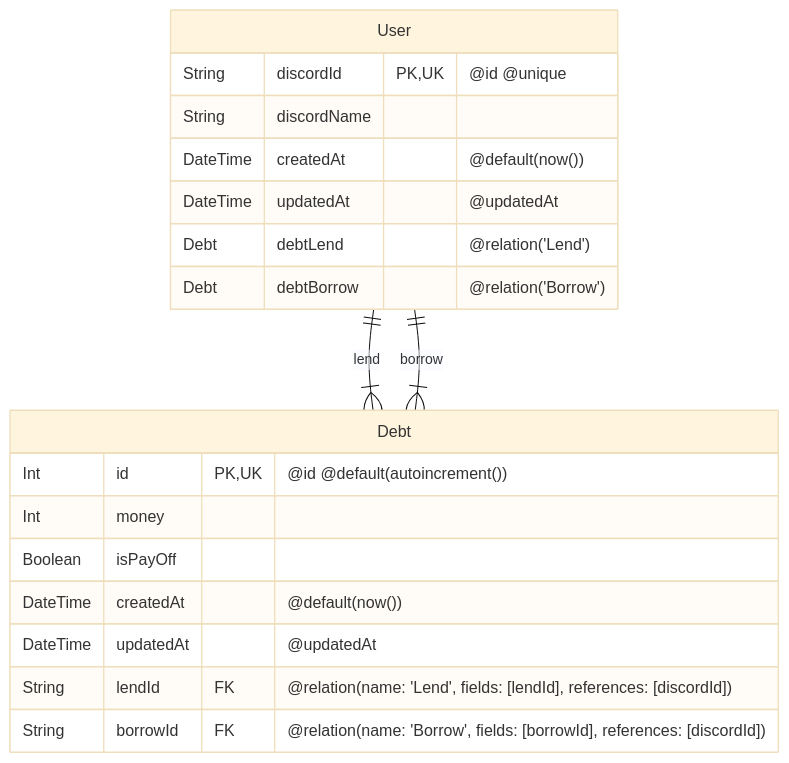
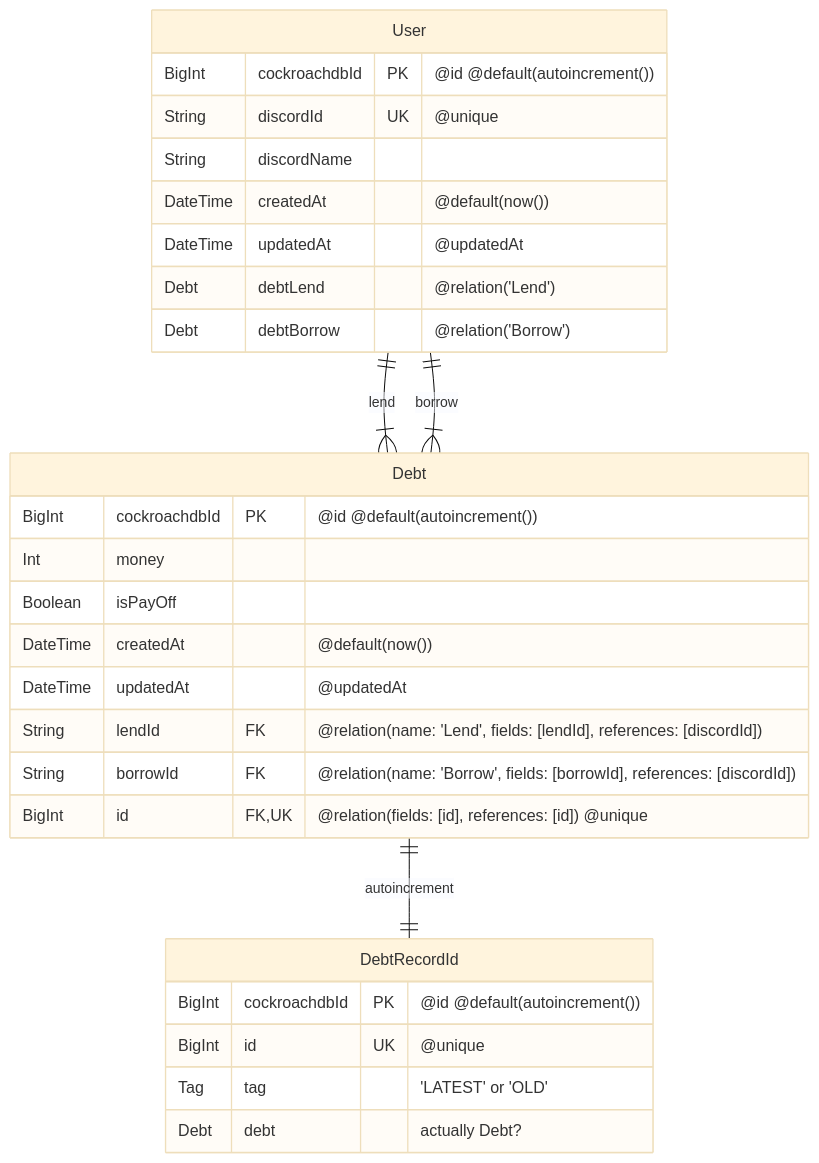
The second of 2 diagrams in README.md (Myxogastria0808/DebtBot-production), drawn with Mermaid (base theme) before and after one commit. The commit also changed other lines of this file and 63 other files, not shown here.

````diff
--- a/README.md
+++ b/README.md
@@ -153,22 +125,31 @@
 ```mermaid
 erDiagram
     User ||--|{ Debt : lend
     User ||--|{ Debt : borrow
+    Debt ||--|| DebtRecordId : autoincrement
     User {
-        String discordId PK, UK "@id @unique"
+        BigInt cockroachdbId PK "@id @default(autoincrement())"
+        String discordId UK "@unique"
         String discordName
         DateTime createdAt "@default(now())"
         DateTime updatedAt "@updatedAt"
         Debt debtLend "@relation('Lend')"
         Debt debtBorrow "@relation('Borrow')"
     }
     Debt {
-        Int id PK, UK "@id @default(autoincrement())"
+        BigInt cockroachdbId PK "@id @default(autoincrement())"
         Int money
         Boolean isPayOff
         DateTime createdAt "@default(now())"
         DateTime updatedAt "@updatedAt"
         String lendId FK "@relation(name: 'Lend', fields: [lendId], references: [discordId])"
         String borrowId FK "@relation(name: 'Borrow', fields: [borrowId], references: [discordId])"
+        BigInt id FK, UK "@relation(fields: [id], references: [id]) @unique"
+    }
+    DebtRecordId {
+        BigInt cockroachdbId PK "@id @default(autoincrement())"
+        BigInt id UK "@unique"
+        Tag tag "'LATEST' or 'OLD'"
+        Debt debt　"actually Debt?"
     }
 ```
````
